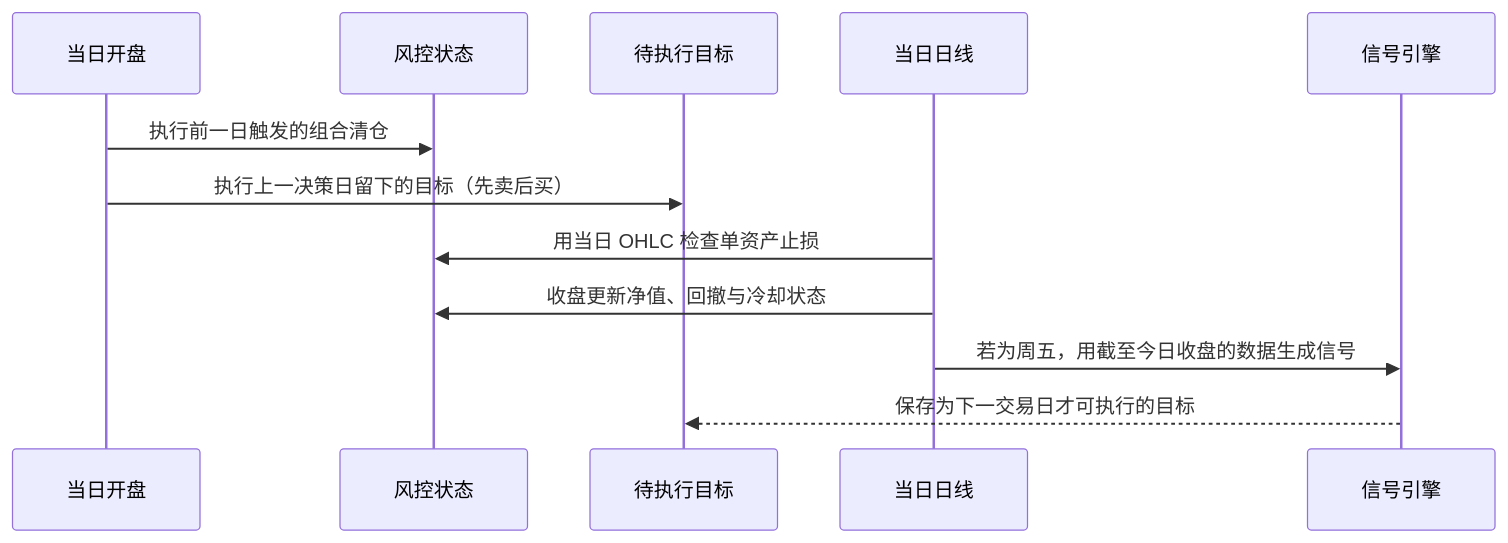
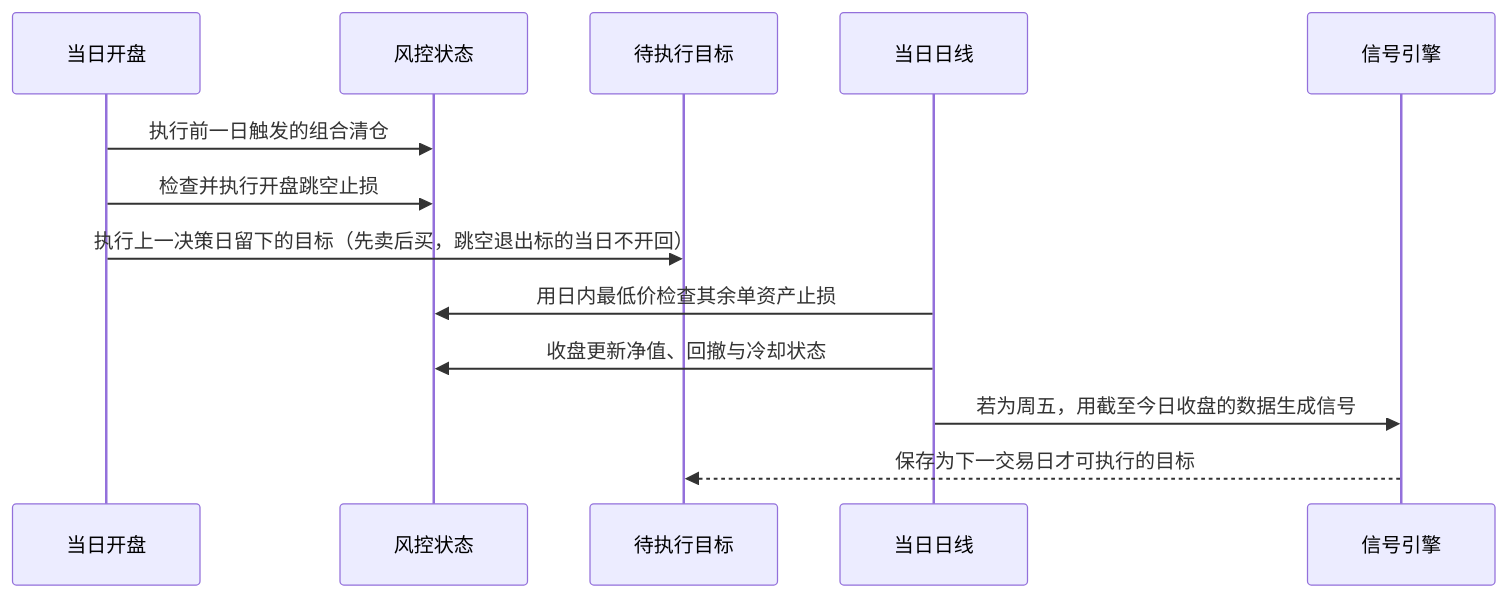
Before and after one commit to guoyaohua/etf-adaptive-rotation-qmt: the second of 2 diagrams in docs/STRATEGY.md, drawn with Mermaid. The commit also changed other lines of this file and 28 other files, not shown here.

````diff
--- a/docs/STRATEGY.md
+++ b/docs/STRATEGY.md
@@ -253,14 +259,15 @@
 ```mermaid
 sequenceDiagram
     participant O as 当日开盘
     participant R as 风控状态
     participant P as 待执行目标
     participant B as 当日日线
     participant S as 信号引擎
     O->>R: 执行前一日触发的组合清仓
-    O->>P: 执行上一决策日留下的目标（先卖后买）
-    B->>R: 用当日 OHLC 检查单资产止损
+    O->>R: 检查并执行开盘跳空止损
+    O->>P: 执行上一决策日留下的目标（先卖后买，跳空退出标的当日不开回）
+    B->>R: 用日内最低价检查其余单资产止损
     B->>R: 收盘更新净值、回撤与冷却状态
     B->>S: 若为周五，用截至今日收盘的数据生成信号
     S-->>P: 保存为下一交易日才可执行的目标
 ```
````
